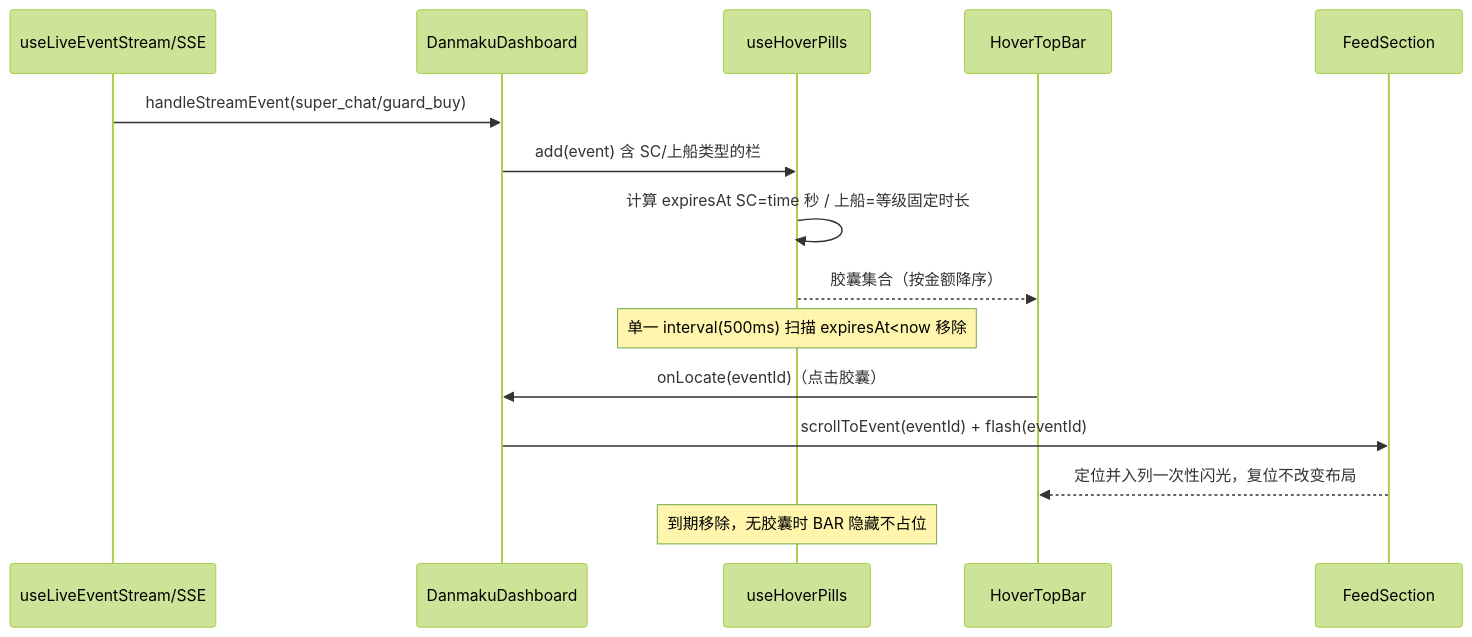
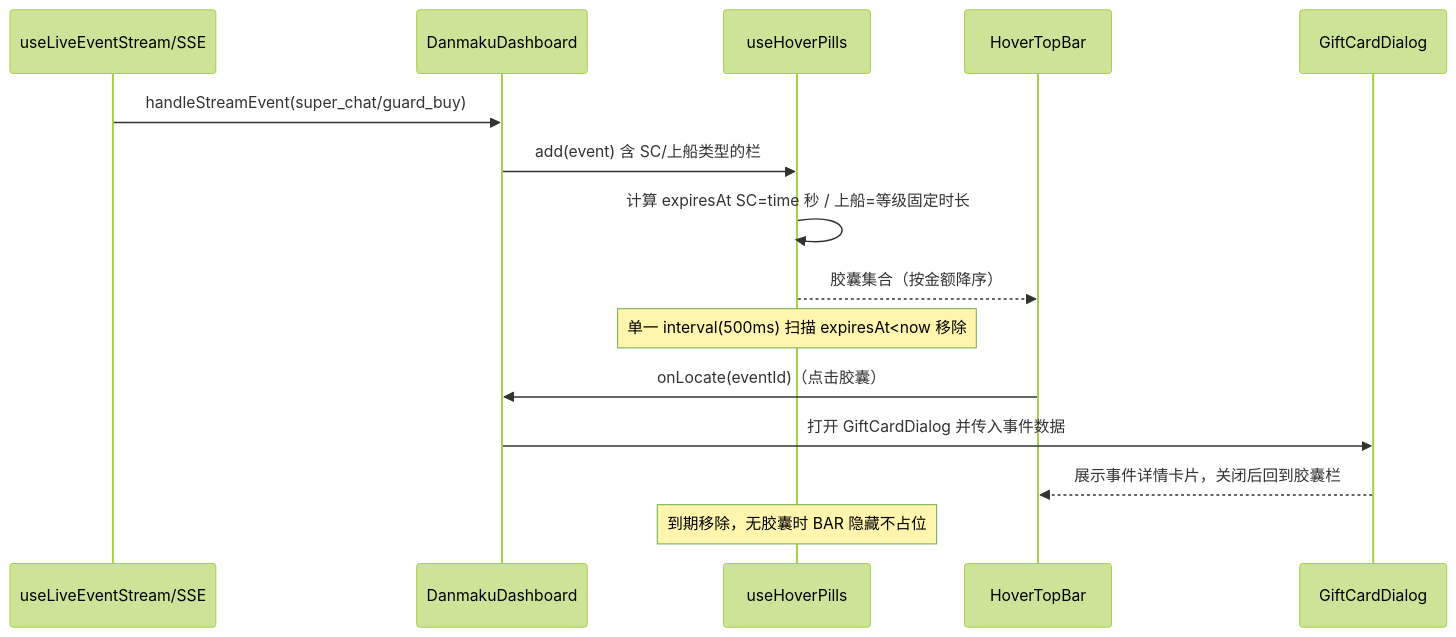
The second of 2 diagrams in docs/engineering/proposals/2026-08-23-danmaku-hover-bar-proposal.md (Deliay/sumire), drawn with Mermaid (forest theme) before and after one commit. The commit also changed other lines of this file and 7 other files, not shown here.

First line of the commit message:
feat: change capsule click to show gift card dialog instead of locate and flash

````diff
--- a/docs/engineering/proposals/2026-08-23-danmaku-hover-bar-proposal.md
+++ b/docs/engineering/proposals/2026-08-23-danmaku-hover-bar-proposal.md
@@ -111,17 +111,17 @@
 ```mermaid
 sequenceDiagram
     participant STREAM as useLiveEventStream/SSE
     participant DASH as DanmakuDashboard
     participant HOOK as useHoverPills
     participant BAR as HoverTopBar
-    participant FEED as FeedSection
+    participant DIALOG as GiftCardDialog
     STREAM->>DASH: handleStreamEvent(super_chat/guard_buy)
     DASH->>HOOK: add(event) 含 SC/上船类型的栏
     HOOK->>HOOK: 计算 expiresAt SC=time 秒 / 上船=等级固定时长
     HOOK-->>BAR: 胶囊集合（按金额降序）
     Note over HOOK: 单一 interval(500ms) 扫描 expiresAt<now 移除
     BAR->>DASH: onLocate(eventId)（点击胶囊）
-    DASH->>FEED: scrollToEvent(eventId) + flash(eventId)
-    FEED-->>BAR: 定位并入列一次性闪光，复位不改变布局
+    DASH->>DIALOG: 打开 GiftCardDialog 并传入事件数据
+    DIALOG-->>BAR: 展示事件详情卡片，关闭后回到胶囊栏
     Note over HOOK: 到期移除，无胶囊时 BAR 隐藏不占位
 ```
````
